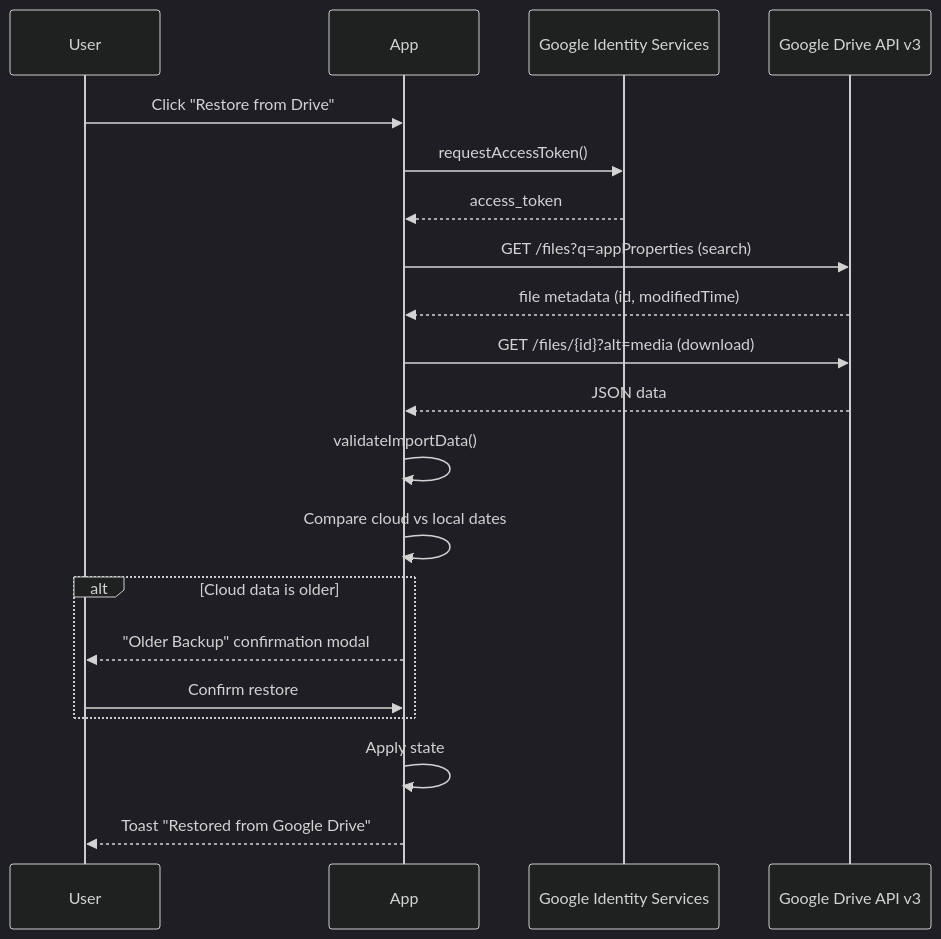
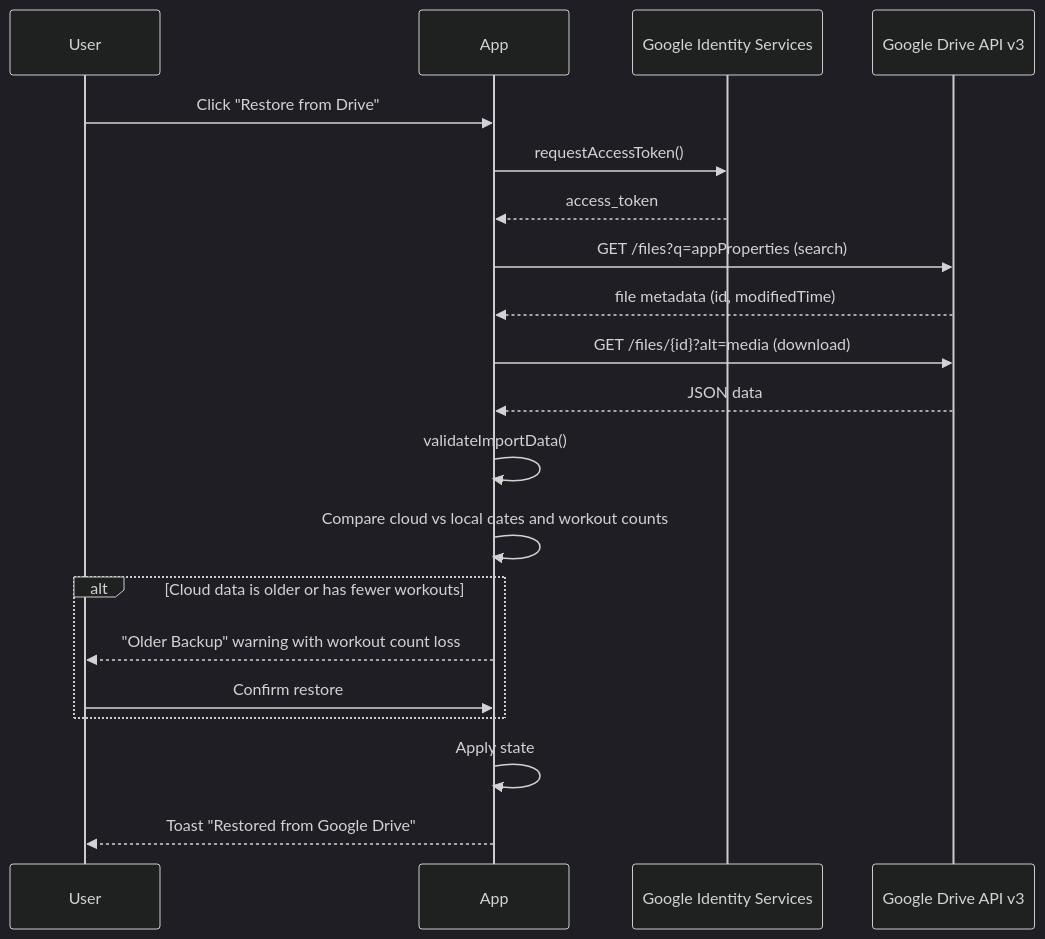
Before and after one commit to ismisepaul/strength5x5: the second of 2 diagrams in docs/google-drive-sync.md, drawn with Mermaid (dark theme). The commit also changed other lines of this file and 3 other files, not shown here.

````diff
--- a/docs/google-drive-sync.md
+++ b/docs/google-drive-sync.md
@@ -30,23 +55,23 @@
 ```mermaid
 sequenceDiagram
     participant User
     participant App
     participant GIS as Google Identity Services
     participant Drive as Google Drive API v3
 
     User->>App: Click "Restore from Drive"
     App->>GIS: requestAccessToken()
     GIS-->>App: access_token
     App->>Drive: GET /files?q=appProperties (search)
     Drive-->>App: file metadata (id, modifiedTime)
     App->>Drive: GET /files/{id}?alt=media (download)
     Drive-->>App: JSON data
     App->>App: validateImportData()
-    App->>App: Compare cloud vs local dates
-    alt Cloud data is older
-        App-->>User: "Older Backup" confirmation modal
+    App->>App: Compare cloud vs local dates and workout counts
+    alt Cloud data is older or has fewer workouts
+        App-->>User: "Older Backup" warning with workout count loss
         User->>App: Confirm restore
     end
     App->>App: Apply state
     App-->>User: Toast "Restored from Google Drive"
 ```
````
